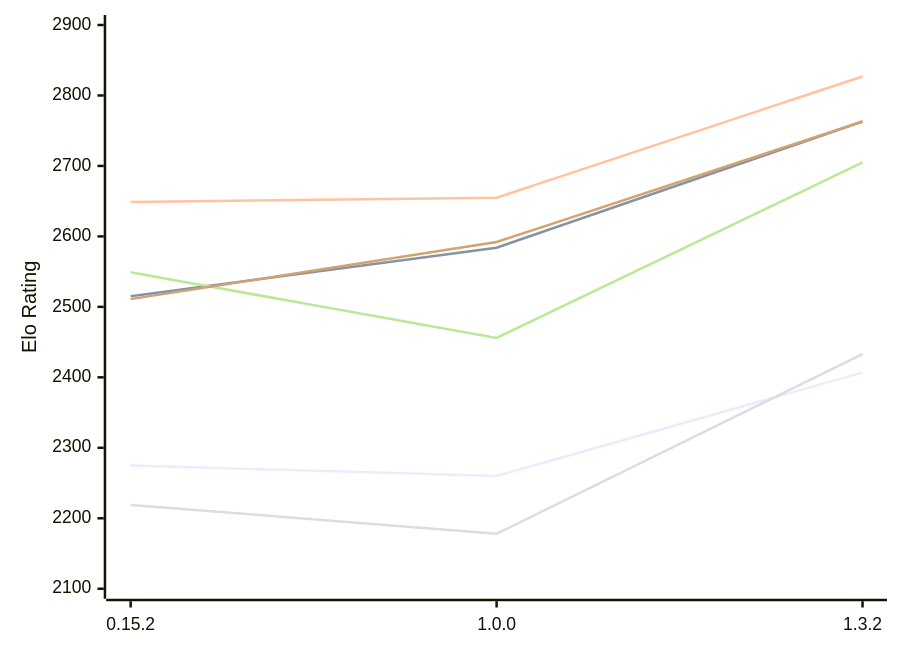
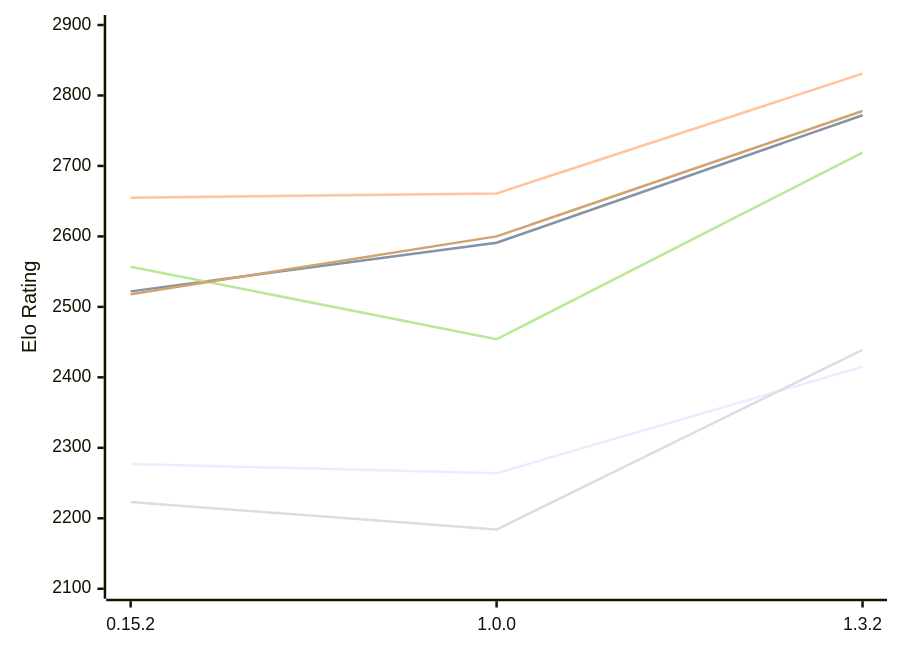
Before and after one commit to computer-chess-index/cci: the diagram in engines/ElephantGambit.md, drawn with Mermaid. The commit also changed other lines of this file, not shown here.

Commit message:
Update CCI Ratings (ELO VLTC) - 2026-11-16

````diff
--- a/engines/ElephantGambit.md
+++ b/engines/ElephantGambit.md
@@ -52,12 +52,12 @@
 ```mermaid
 %%{init: {"theme":"base","themeVariables":{"seriesColors:['#a3a3a3','#222221','#faa371']}}}%%
 xychart-beta
   x-axis ["0.15.2", "1.0.0", "1.3.2"]
   y-axis "Elo Rating" 2100 --> 2900
-  line "E1: STC (8.0+0.08s)" [2275, 2260, 2407]
-  line "E1: LTC (60.0+0.60s)" [2515, 2584, 2763]
-  line "E1: VLTC (2m24s+1.12s)" [2649, 2655, 2827]
-  line "P1: STC (8.0+0.08s)" [2219, 2178, 2433]
-  line "P1: LTC (60.0+0.60s)" [2549, 2456, 2705]
-  line "P1: VLTC (2m24s+1.12s)" [2511, 2592, 2763]
+  line "E1: STC (8.0+0.08s)" [2277, 2264, 2415]
+  line "E1: LTC (60.0+0.60s)" [2522, 2591, 2772]
+  line "E1: VLTC (2m24s+1.12s)" [2655, 2661, 2831]
+  line "P1: STC (8.0+0.08s)" [2223, 2184, 2439]
+  line "P1: LTC (60.0+0.60s)" [2557, 2454, 2719]
+  line "P1: VLTC (2m24s+1.12s)" [2518, 2600, 2778]
 ```
````
